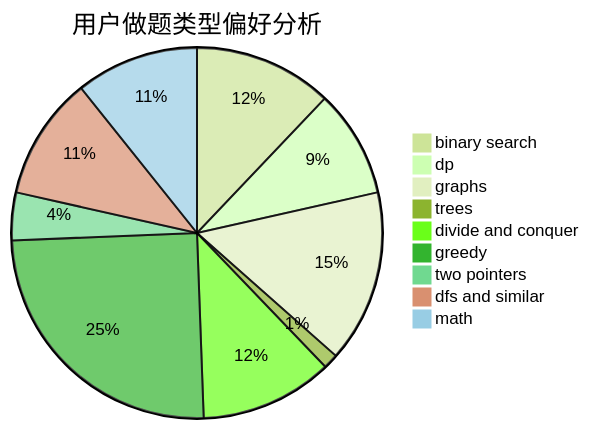
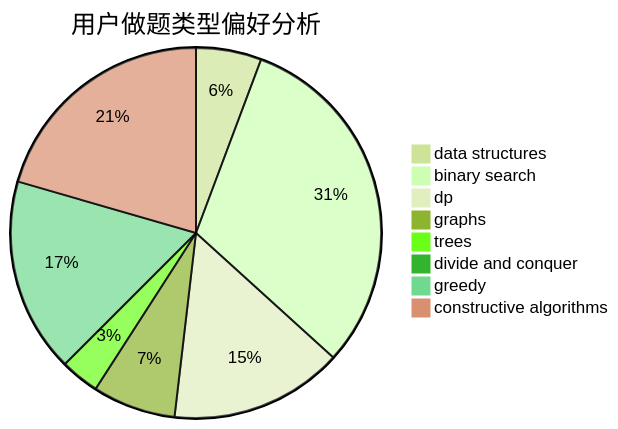
One commit to sherpahu/cfrs.github.io changed the second of 3 diagrams in docs/user/u867.md. Above: the diagram before and after it, drawn with Mermaid (forest theme). The commit also changed other lines of this file and 2775 other files, not shown here.

````diff
--- a/docs/user/u867.md
+++ b/docs/user/u867.md
@@ -23,12 +23,11 @@
 ```mermaid
 pie title 用户做题类型偏好分析
-    "binary search" :  241
-    "dp" :  187
-    "graphs" :  300
-    "trees" :  26
-    "divide and conquer" :  231
-    "greedy" :  497
-    "two pointers" :  83
-    "dfs and similar" :  214
-    "math" :  214
+    "data structures" :  37
+    "binary search" :  201
+    "dp" :  98
+    "graphs" :  47
+    "trees" :  22
+    "divide and conquer" :  0
+    "greedy" :  110
+    "constructive algorithms" :  133
 ```
````
